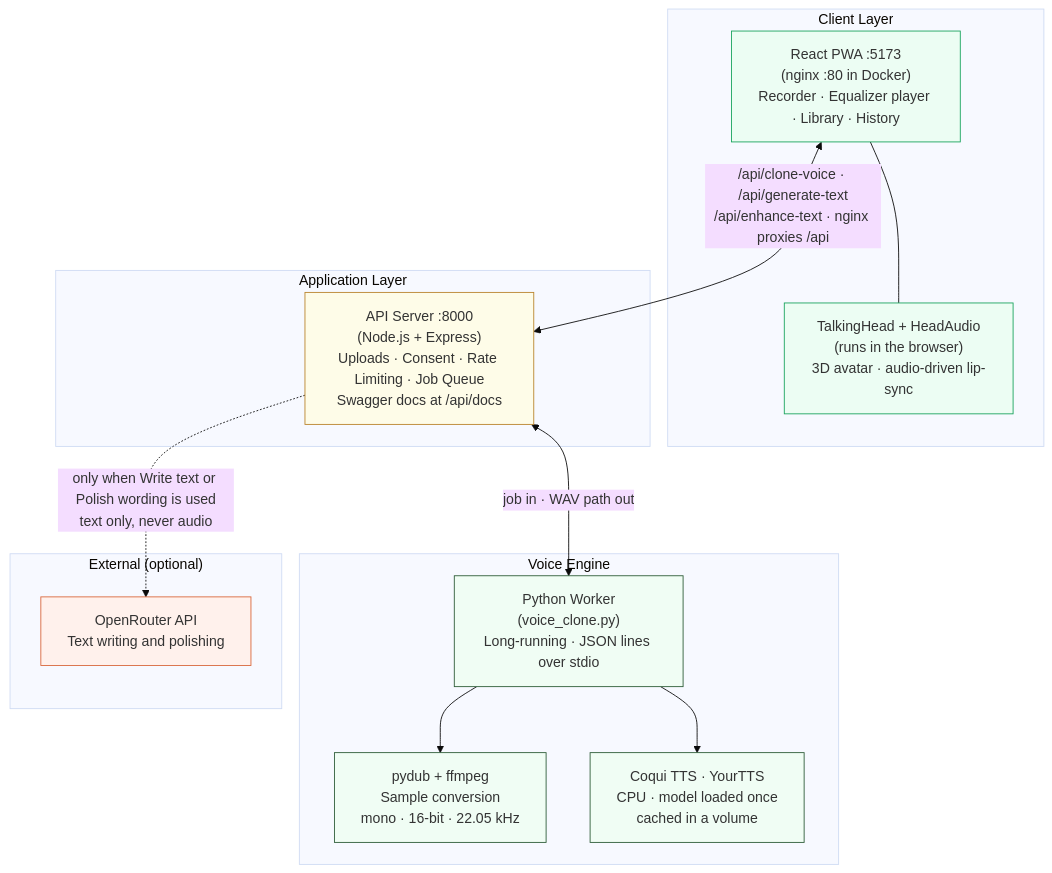
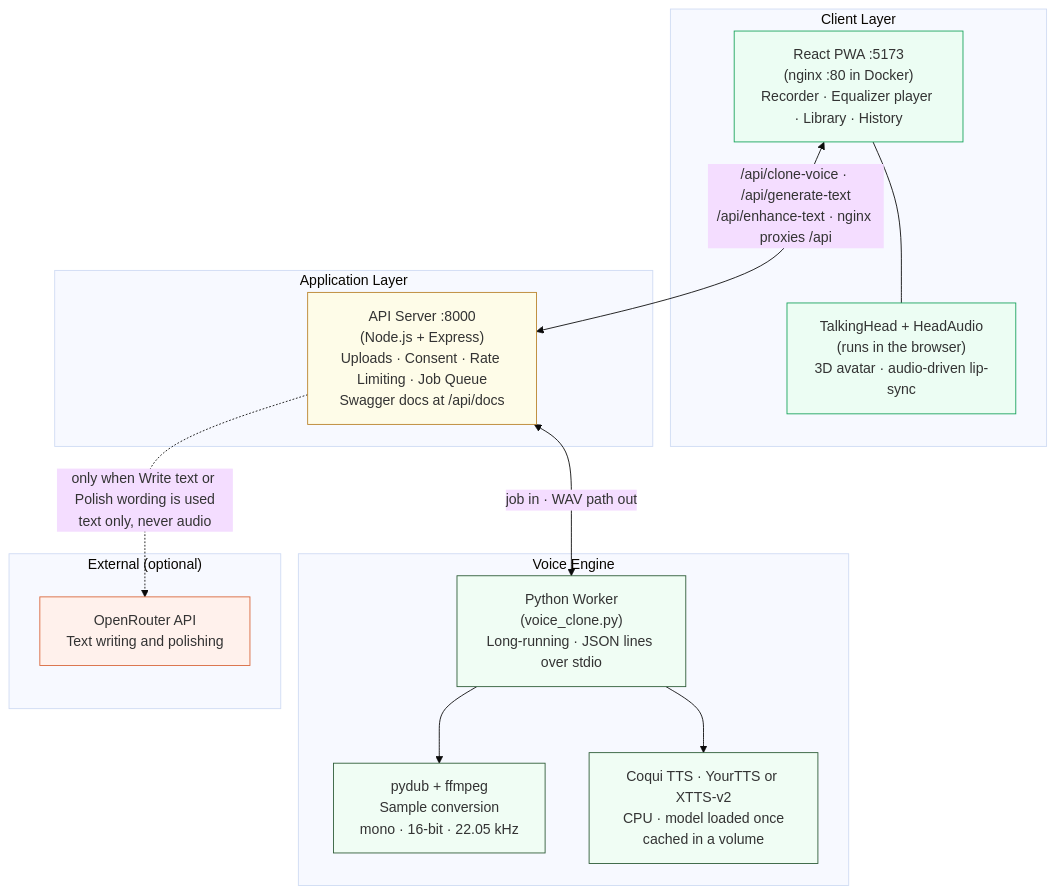
The diagram in README.md (jbcanillo/echo), drawn with Mermaid (base theme) before and after one commit. The commit also changed other lines of this file and 16 other files, not shown here.

````diff
--- a/README.md
+++ b/README.md
@@ -35,38 +35,38 @@
 ```mermaid
 graph TB
     subgraph clientLayer["Client Layer"]
         pwa["React PWA :5173<br/>(nginx :80 in Docker)<br/>Recorder · Equalizer player · Library · History"]
         avatar["TalkingHead + HeadAudio<br/>(runs in the browser)<br/>3D avatar · audio-driven lip-sync"]
     end
 
     subgraph appLayer["Application Layer"]
         api["API Server :8000<br/>(Node.js + Express)<br/>Uploads · Consent · Rate Limiting · Job Queue<br/>Swagger docs at /api/docs"]
     end
 
     subgraph engineLayer["Voice Engine"]
         worker["Python Worker<br/>(voice_clone.py)<br/>Long-running · JSON lines over stdio"]
         ffmpeg["pydub + ffmpeg<br/>Sample conversion<br/>mono · 16-bit · 22.05 kHz"]
-        tts["Coqui TTS · YourTTS<br/>CPU · model loaded once<br/>cached in a volume"]
+        tts["Coqui TTS · YourTTS or XTTS-v2<br/>CPU · model loaded once<br/>cached in a volume"]
     end
 
     subgraph externalLayer["External (optional)"]
         openrouter["OpenRouter API<br/>Text writing and polishing"]
     end
 
     pwa <-->|"/api/clone-voice · /api/generate-text<br/>/api/enhance-text · nginx proxies /api"| api
     pwa --- avatar
     api <-->|"job in · WAV path out"| worker
     worker --> ffmpeg
     worker --> tts
     api -.->|"only when Write text or Polish wording is used<br/>text only, never audio"| openrouter
 
     classDef client stroke:#18a35c,fill:#ecfdf3
     classDef app stroke:#b9832b,fill:#fefce8
     classDef engine stroke:#2c5b36,fill:#f0fdf4
     classDef external stroke:#d9663a,fill:#fff1ec
 
     class pwa,avatar client
     class api app
     class worker,ffmpeg,tts engine
     class openrouter external
 ```
````
